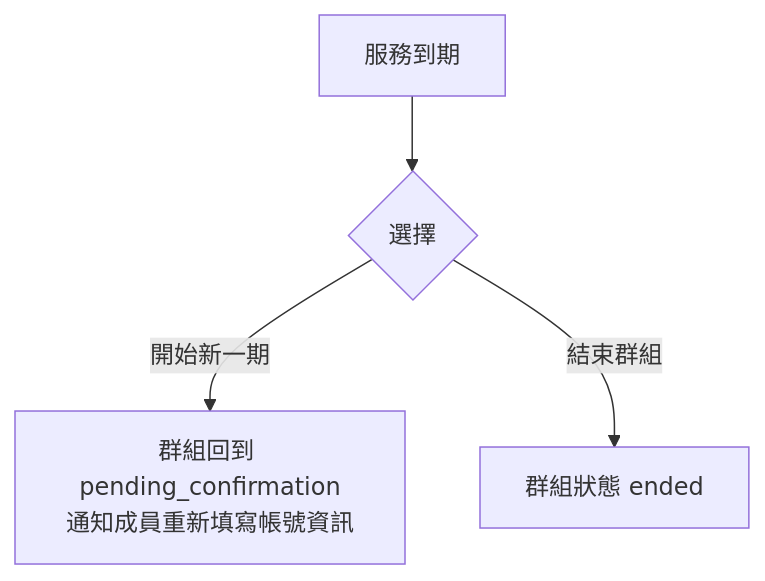
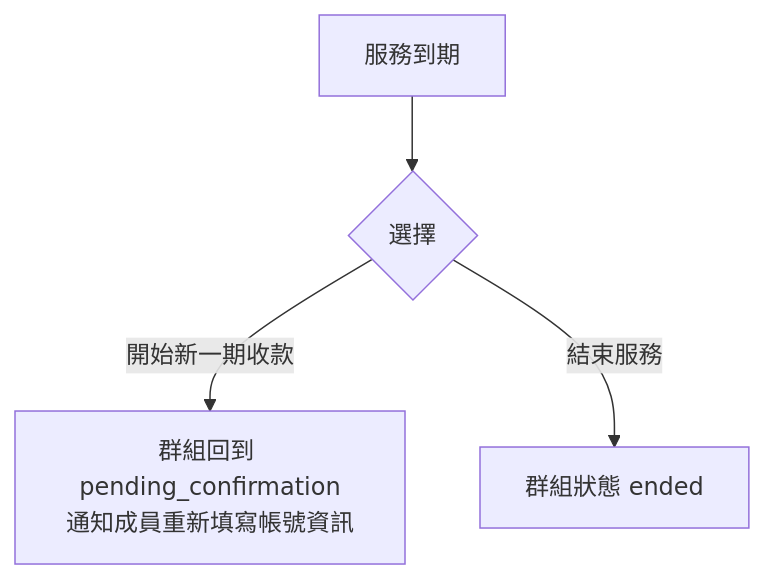
Before and after one commit to s1092055/PartyMatch: diagram 12 of 15 in docs/user-flows.md, drawn with Mermaid. The commit also changed other lines of this file and 16 other files, not shown here.

````diff
--- a/docs/user-flows.md
+++ b/docs/user-flows.md
@@ -172,6 +172,6 @@
 ```mermaid
 flowchart TD
   A[服務到期] --> B{選擇}
-  B -->|開始新一期| C[群組回到 pending_confirmation\n通知成員重新填寫帳號資訊]
-  B -->|結束群組| D[群組狀態 ended]
+  B -->|開始新一期收款| C[群組回到 pending_confirmation\n通知成員重新填寫帳號資訊]
+  B -->|結束服務| D[群組狀態 ended]
 ```
````
